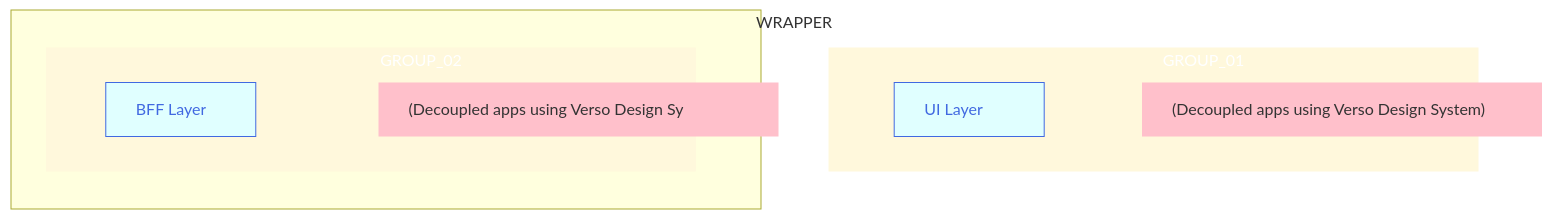
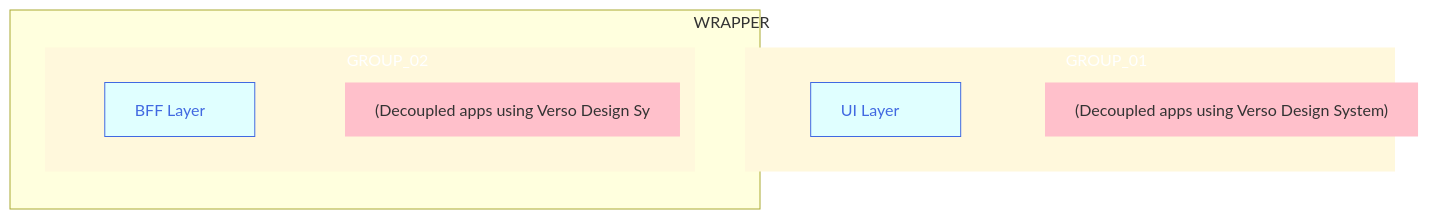
One commit to joe-dorward/samples changed the diagram in buttons_mermaid_v5.md. Above: the diagram before and after it, drawn with Mermaid.

````diff
--- a/buttons_mermaid_v5.md
+++ b/buttons_mermaid_v5.md
@@ -3,48 +3,48 @@
 ```mermaid
   %%{
     init: {
       "flowchart": { "markdownAutoWrap":"false", "textWrap":"false", "textAlign":"left", "wrappingWidth": "100%" }
     }
   }%%
   flowchart TD
 
   classDef Button fill:lightcyan, stroke:royalblue, color:royalblue, width:150px
-  classDef Note fill:pink, stroke-width:0px, width:400px
+  classDef Note fill:pink, stroke-width:0px, text-align:right
   %% ---------- ---------- ---------- ---------- ---------- ---------- ---------- ---------- ---------- ----------
 subgraph WRAPPER
   direction TD
 
   subgraph GROUP_01
     %%direction LR
 
     BUTTON_01_NOTE["(Decoupled apps using Verso Design System)"]:::Note
     BUTTON_01["UI Layer"]:::Button
     click BUTTON_01 "https://en.wikipedia.org/wiki/Main_Page" _blank
 
     BUTTON_01~~~
     BUTTON_01_NOTE
   end
   %% ---------- ---------- ---------- ---------- ---------- ---------- ---------- ---------- ---------- ----------
   subgraph GROUP_02
     %%direction LR
 
     %%BUTTON_02_NOTE["(Tailored aggregation and presentation)"]:::Note
     BUTTON_02_NOTE["(Decoupled apps using Verso Design Sy"]:::Note
     BUTTON_02["BFF Layer"]:::Button
     click BUTTON_02 "https://en.wikipedia.org/wiki/Main_Page" _blank
 
     BUTTON_02~~~
     BUTTON_02_NOTE
   end
 end
   %% ---------- ---------- ---------- ---------- ---------- ---------- ---------- ---------- ---------- ----------
 
 %%GROUP_01-.-GROUP_02
 
 %%BUTTON_01-->BUTTON_02
 
   style GROUP_01 fill:cornsilk, color:white, stroke-width:0px, width:650px
   style GROUP_02 fill:cornsilk, color:white, stroke-width:0px, width:650px
 
   style WRAPPER width:750px
 ```
````
